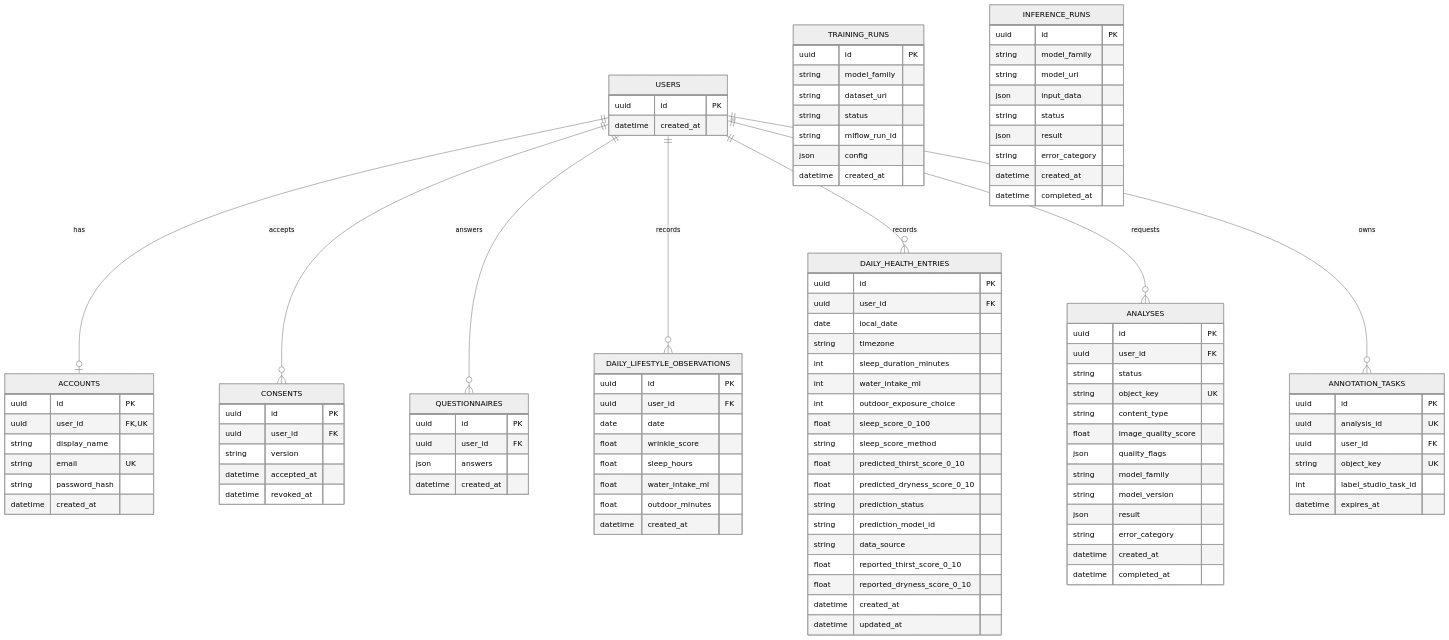
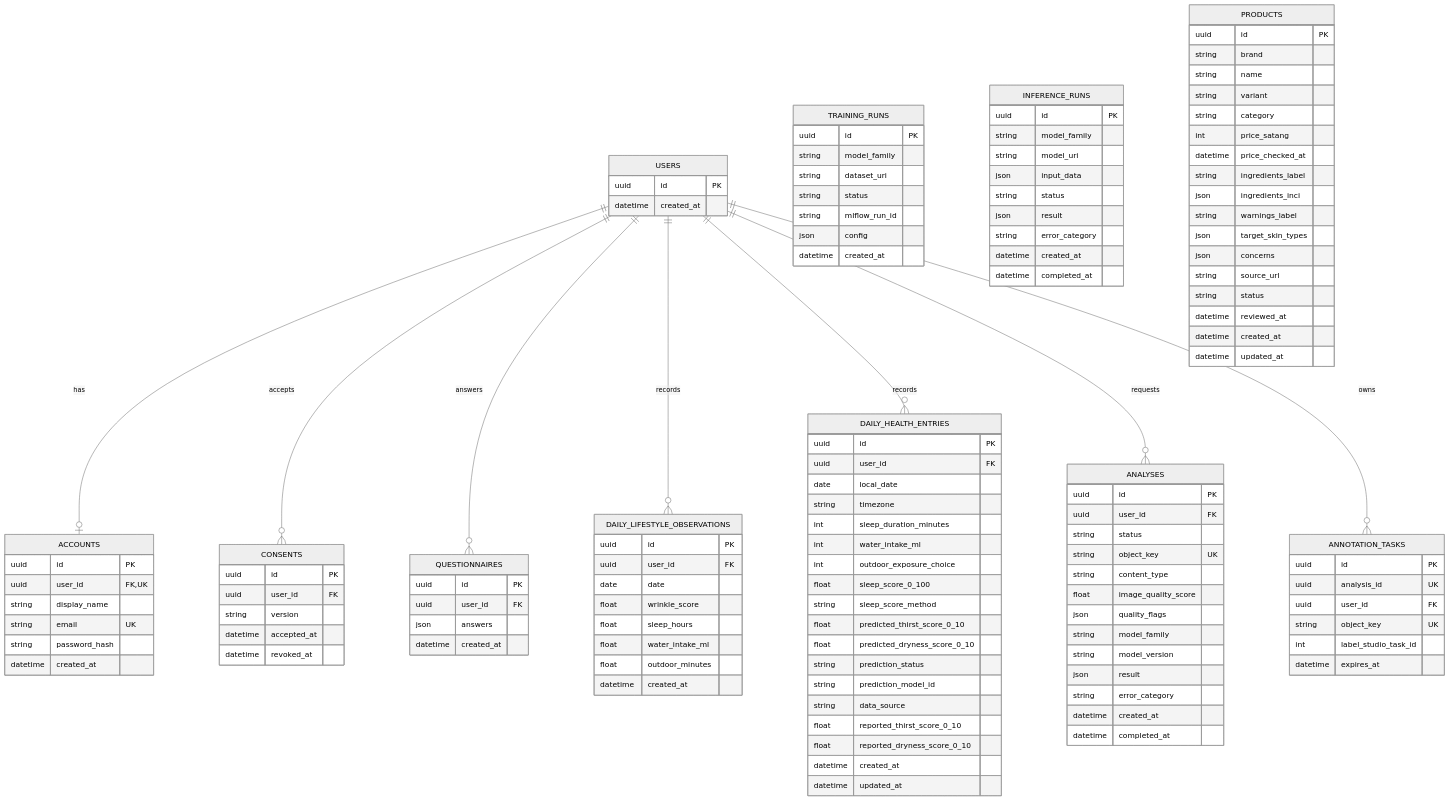
One commit to PacharaponK/Aphrodize changed the diagram in docs/diagram/database-er.md. Above: the diagram before and after it, drawn with Mermaid (neutral theme). The commit also changed other lines of this file and 19 other files, not shown here.

````diff
--- a/docs/diagram/database-er.md
+++ b/docs/diagram/database-er.md
@@ -119,4 +119,24 @@
         datetime created_at
         datetime completed_at
     }
+
+    PRODUCTS {
+        uuid id PK
+        string brand
+        string name
+        string variant
+        string category
+        int price_satang
+        datetime price_checked_at
+        string ingredients_label
+        json ingredients_inci
+        string warnings_label
+        json target_skin_types
+        json concerns
+        string source_url
+        string status
+        datetime reviewed_at
+        datetime created_at
+        datetime updated_at
+    }
 ```
````
